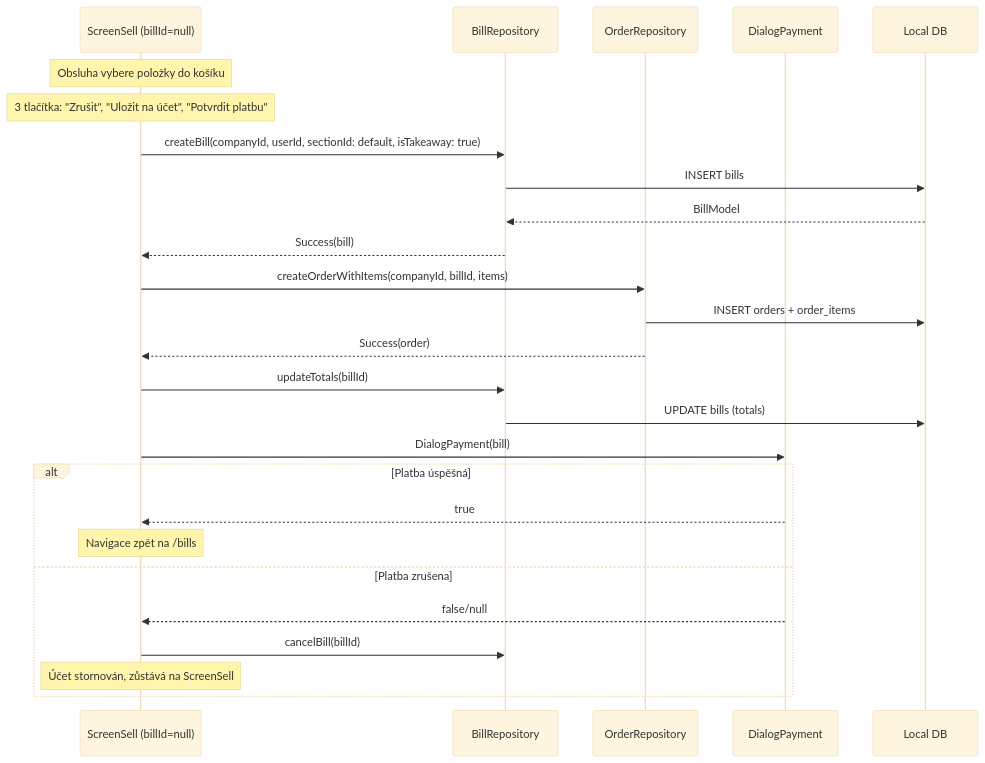
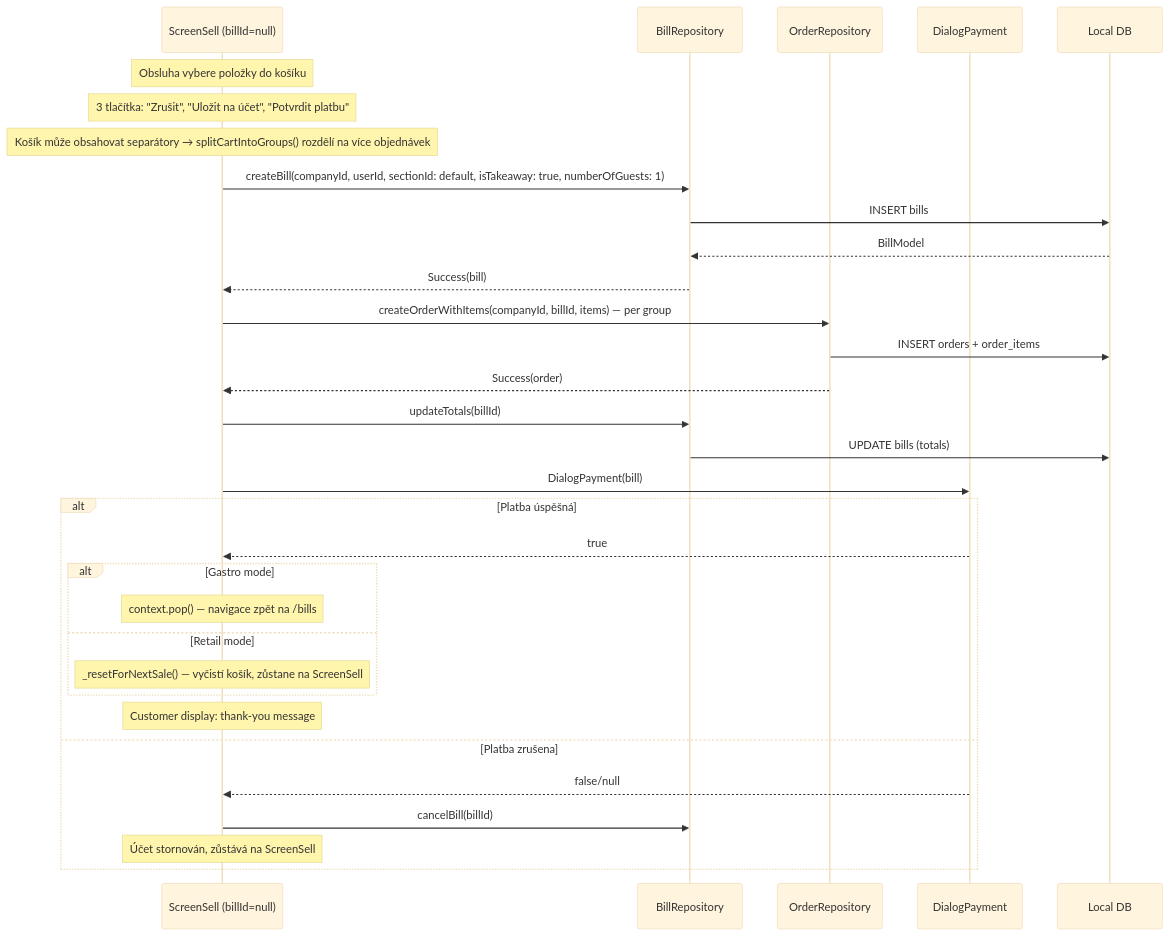
One commit to Tomakas/deskpos changed the ninth of 14 diagrams in PROJECT.md. Above: the diagram before and after it, drawn with Mermaid (base theme). The commit also changed other lines of this file and 38 other files, not shown here.

````diff
--- a/PROJECT.md
+++ b/PROJECT.md
@@ -1793,33 +1800,39 @@
 ```mermaid
 sequenceDiagram
     participant UI as ScreenSell (billId=null)
     participant BR as BillRepository
     participant OR as OrderRepository
     participant PAY as DialogPayment
     participant DB as Local DB
 
     Note over UI: Obsluha vybere položky do košíku
     Note over UI: 3 tlačítka: "Zrušit", "Uložit na účet", "Potvrdit platbu"
 
-    UI->>BR: createBill(companyId, userId, sectionId: default, isTakeaway: true)
+    Note over UI: Košík může obsahovat separátory → splitCartIntoGroups() rozdělí na více objednávek
+    UI->>BR: createBill(companyId, userId, sectionId: default, isTakeaway: true, numberOfGuests: 1)
     BR->>DB: INSERT bills
     DB-->>BR: BillModel
     BR-->>UI: Success(bill)
 
-    UI->>OR: createOrderWithItems(companyId, billId, items)
+    UI->>OR: createOrderWithItems(companyId, billId, items) — per group
     OR->>DB: INSERT orders + order_items
     OR-->>UI: Success(order)
 
     UI->>BR: updateTotals(billId)
     BR->>DB: UPDATE bills (totals)
 
     UI->>PAY: DialogPayment(bill)
     alt Platba úspěšná
         PAY-->>UI: true
-        Note over UI: Navigace zpět na /bills
+        alt Gastro mode
+            Note over UI: context.pop() — navigace zpět na /bills
+        else Retail mode
+            Note over UI: _resetForNextSale() — vyčistí košík, zůstane na ScreenSell
+        end
+        Note over UI: Customer display: thank-you message
     else Platba zrušena
         PAY-->>UI: false/null
         UI->>BR: cancelBill(billId)
         Note over UI: Účet stornován, zůstává na ScreenSell
     end
 ```
````
